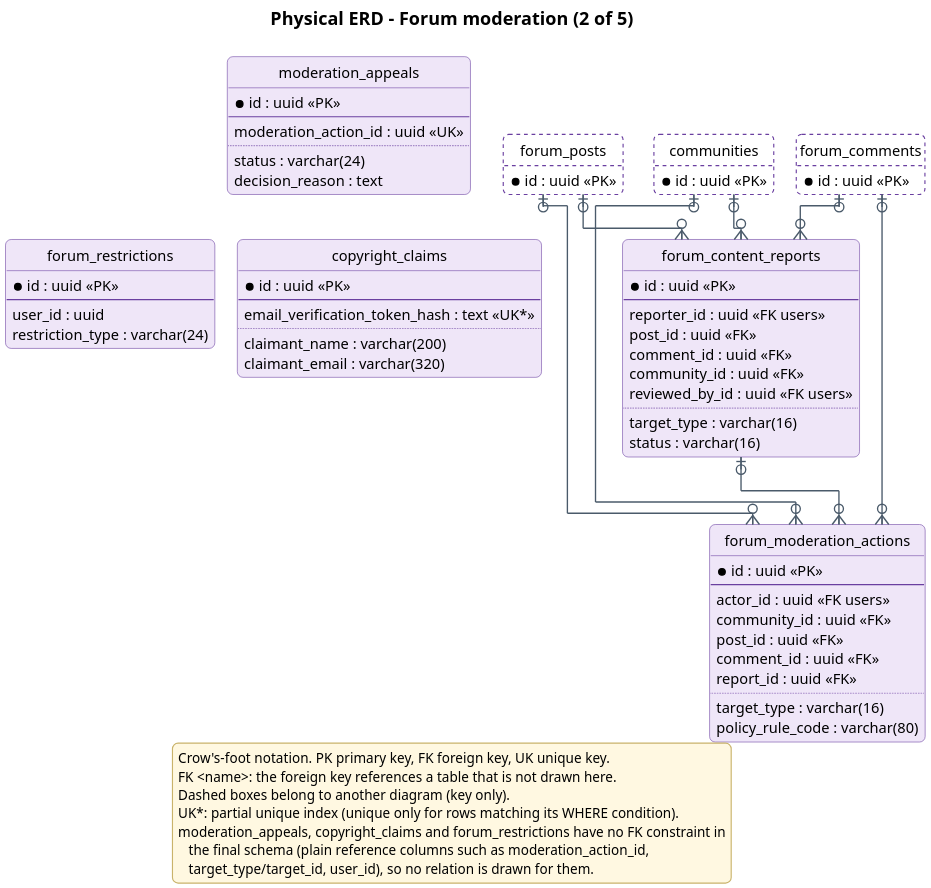
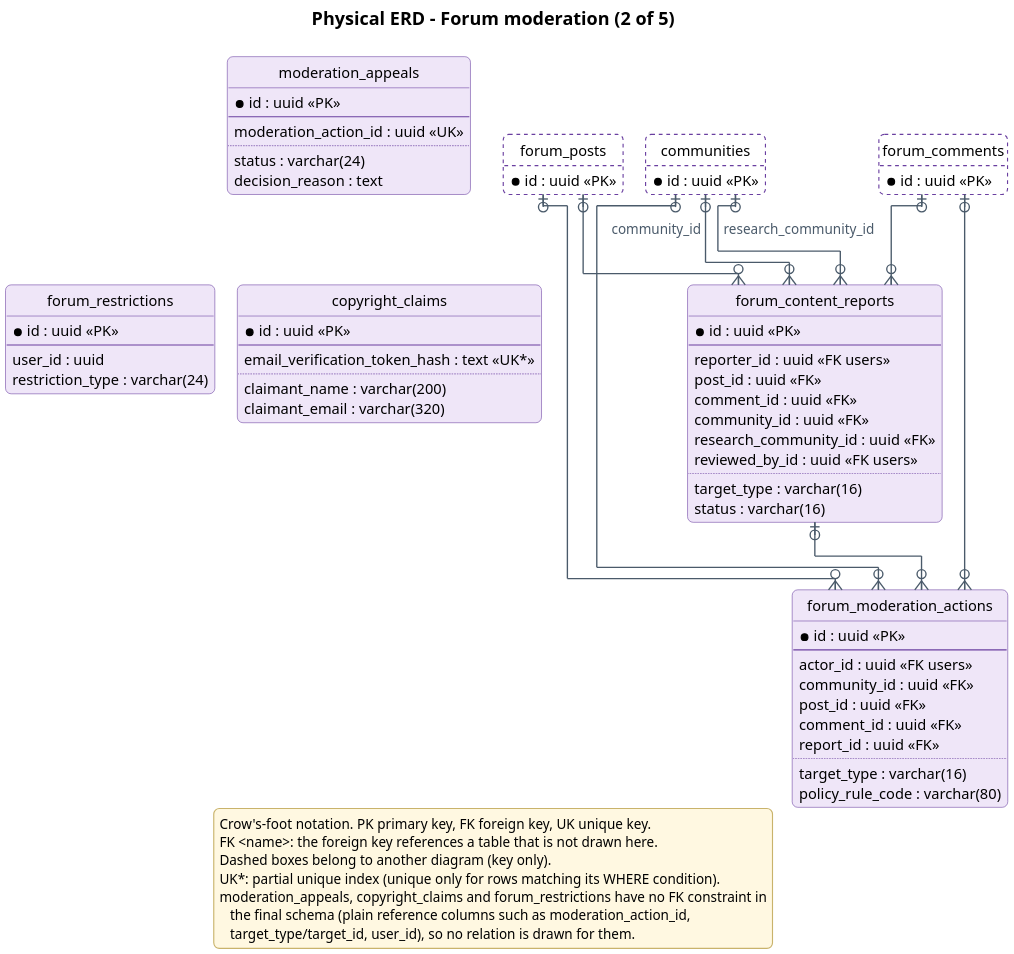
Before and after one commit to Khoa-Hoa-Technology-Solution-Company/lumi-gap: the diagram in docs/diagrams/report4/R4_ERD_community_b.puml, drawn with PlantUML. The commit also changed 48 other files, not shown here.

First line of the commit message:
docs: update diagrams to main 38bd889

```diff
--- a/docs/diagrams/report4/R4_ERD_community_b.puml
+++ b/docs/diagrams/report4/R4_ERD_community_b.puml
@@ -1,99 +1,101 @@
 @startuml
 !pragma layout elk
 skinparam dpi 200
 skinparam defaultFontName "Segoe UI"
 skinparam defaultFontSize 13
 skinparam shadowing false
 skinparam roundCorner 10
 skinparam backgroundColor #FFFFFF
 skinparam ArrowColor #4A5A6A
 skinparam ArrowThickness 1.2
 skinparam ArrowFontSize 12
 skinparam ArrowFontColor #4A5A6A
 skinparam TitleFontSize 16
 skinparam TitleFontStyle bold
 skinparam entity {
   BackgroundColor #EFE6F8
   BorderColor #6A3FA0
 }
 skinparam legend {
   BackgroundColor #FFF8E1
   BorderColor #C9B36B
   FontSize 12
 }
 skinparam stereotypeFontSize 10
 hide circle
 hide empty methods
 title Physical ERD - Forum moderation (2 of 5)
 entity forum_content_reports #EFE6F8;line:6A3FA0 {
   * id : uuid <<PK>>
   --
   reporter_id : uuid <<FK users>>
   post_id : uuid <<FK>>
   comment_id : uuid <<FK>>
   community_id : uuid <<FK>>
+  research_community_id : uuid <<FK>>
   reviewed_by_id : uuid <<FK users>>
   ..
   target_type : varchar(16)
   status : varchar(16)
 }
 entity forum_moderation_actions #EFE6F8;line:6A3FA0 {
   * id : uuid <<PK>>
   --
   actor_id : uuid <<FK users>>
   community_id : uuid <<FK>>
   post_id : uuid <<FK>>
   comment_id : uuid <<FK>>
   report_id : uuid <<FK>>
   ..
   target_type : varchar(16)
   policy_rule_code : varchar(80)
 }
 entity moderation_appeals #EFE6F8;line:6A3FA0 {
   * id : uuid <<PK>>
   --
   moderation_action_id : uuid <<UK>>
   ..
   status : varchar(24)
   decision_reason : text
 }
 entity copyright_claims #EFE6F8;line:6A3FA0 {
   * id : uuid <<PK>>
   --
   email_verification_token_hash : text <<UK*>>
   ..
   claimant_name : varchar(200)
   claimant_email : varchar(320)
 }
 entity forum_restrictions #EFE6F8;line:6A3FA0 {
   * id : uuid <<PK>>
   --
   user_id : uuid
   restriction_type : varchar(24)
 }
 entity communities #FFFFFF;line:6A3FA0;line.dashed {
   * id : uuid <<PK>>
 }
 entity forum_posts #FFFFFF;line:6A3FA0;line.dashed {
   * id : uuid <<PK>>
 }
 entity forum_comments #FFFFFF;line:6A3FA0;line.dashed {
   * id : uuid <<PK>>
 }
-communities |o--o{ forum_content_reports
+communities |o--o{ forum_content_reports : community_id
+communities |o--o{ forum_content_reports : research_community_id
 communities |o--o{ forum_moderation_actions
 forum_comments |o--o{ forum_content_reports
 forum_comments |o--o{ forum_moderation_actions
 forum_content_reports |o--o{ forum_moderation_actions
 forum_posts |o--o{ forum_content_reports
 forum_posts |o--o{ forum_moderation_actions
 legend bottom
 Crow's-foot notation. PK primary key, FK foreign key, UK unique key.
 FK <name>: the foreign key references a table that is not drawn here.
 Dashed boxes belong to another diagram (key only).
 UK*: partial unique index (unique only for rows matching its WHERE condition).
 moderation_appeals, copyright_claims and forum_restrictions have no FK constraint in
    the final schema (plain reference columns such as moderation_action_id,
    target_type/target_id, user_id), so no relation is drawn for them.
 endlegend
 @enduml
```
